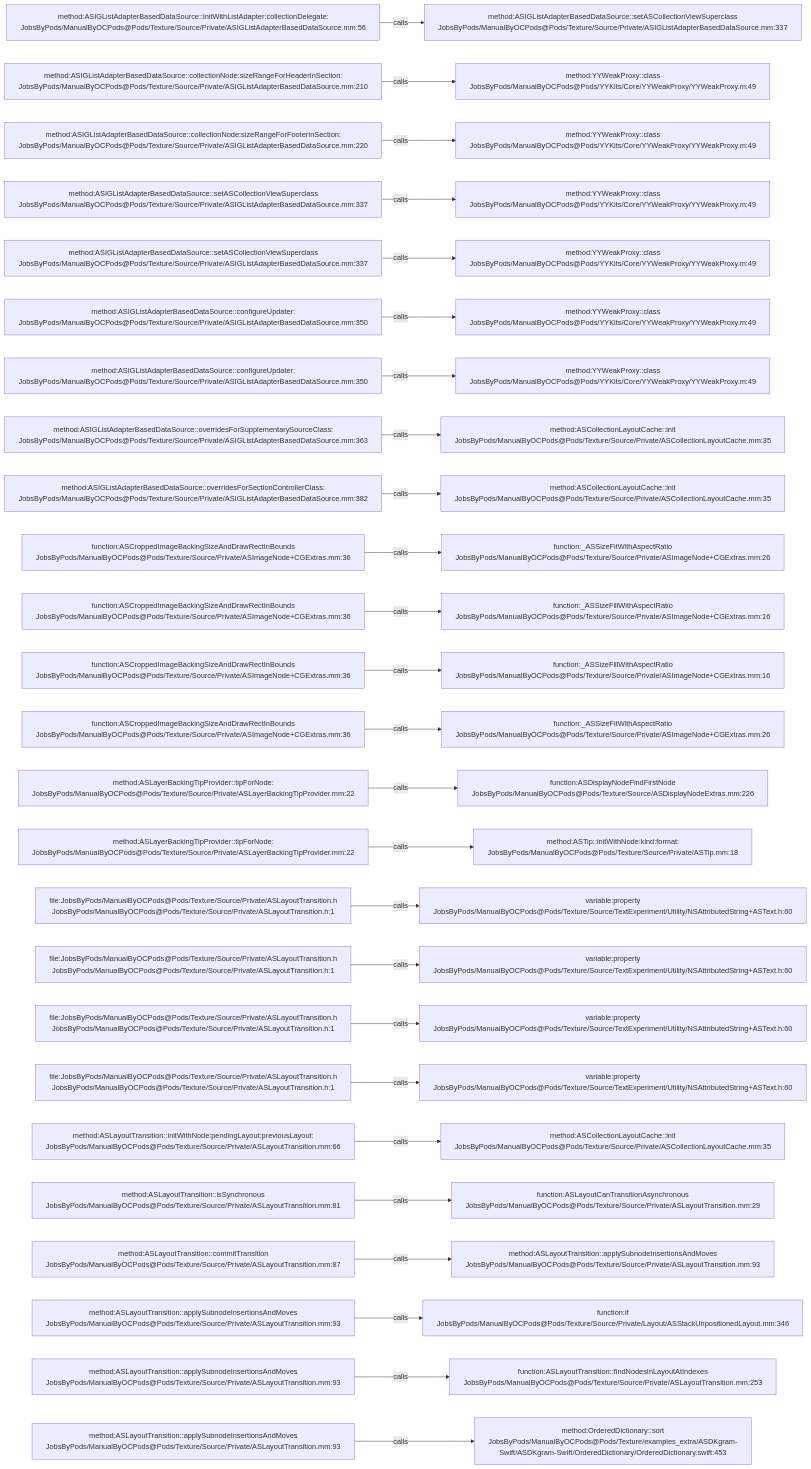
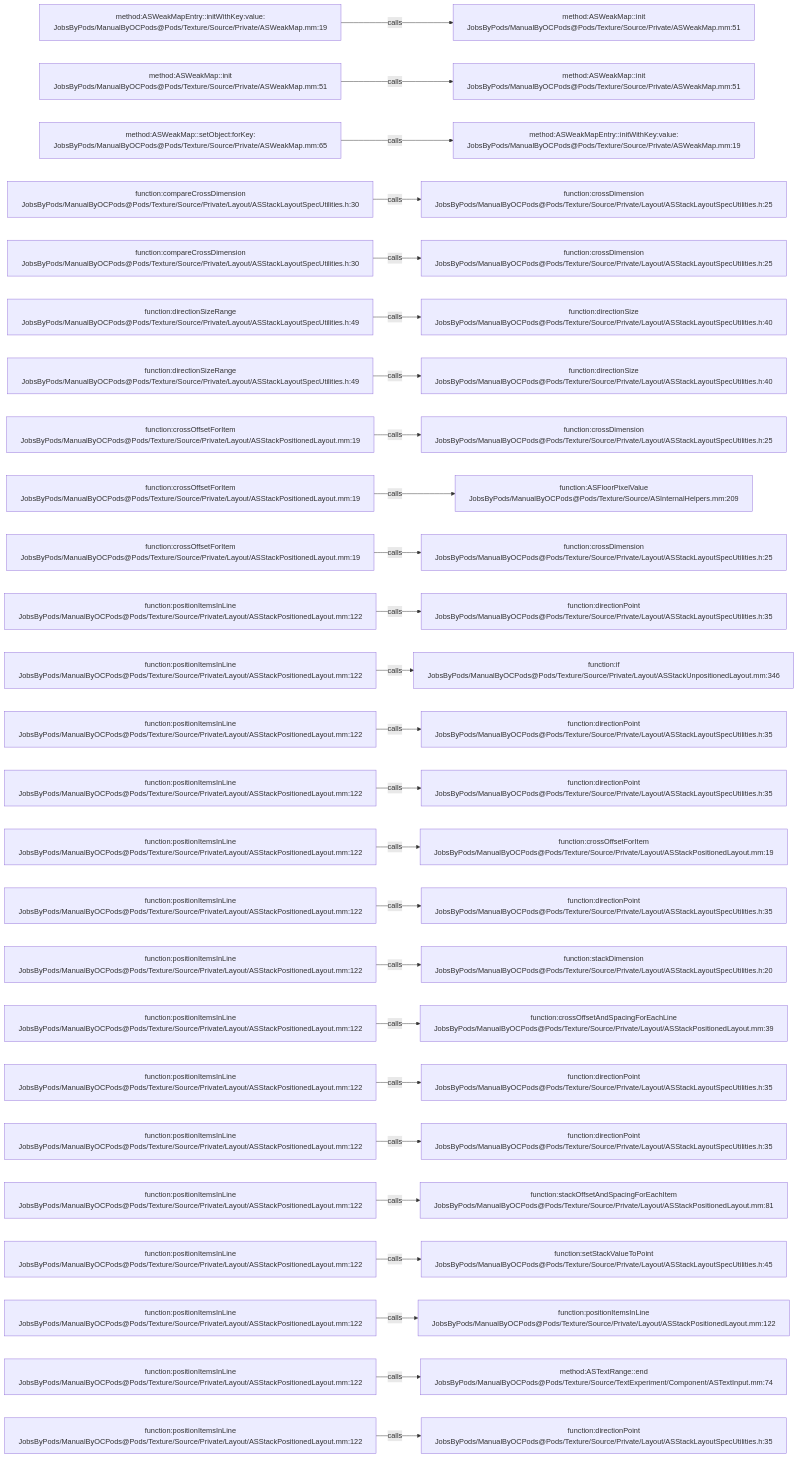
The diagram in .codegraph/codegraph.md/graphs/calls-191.md (JobsKits/JobsOCBaseConfigDemo), drawn with Mermaid before and after one commit. The commit also changed 1353 other files, not shown here.

````diff
--- a/.codegraph/codegraph.md/graphs/calls-191.md
+++ b/.codegraph/codegraph.md/graphs/calls-191.md
@@ -13,78 +13,78 @@
 ```mermaid
 flowchart LR
-  S1["method:ASIGListAdapterBasedDataSource::initWithListAdapter:collectionDelegate:<br/>JobsByPods/ManualByOCPods@Pods/Texture/Source/Private/ASIGListAdapterBasedDataSource.mm:56"]
-  T1["method:ASIGListAdapterBasedDataSource::setASCollectionViewSuperclass<br/>JobsByPods/ManualByOCPods@Pods/Texture/Source/Private/ASIGListAdapterBasedDataSource.mm:337"]
+  S1["method:ASWeakMapEntry::initWithKey:value:<br/>JobsByPods/ManualByOCPods@Pods/Texture/Source/Private/ASWeakMap.mm:19"]
+  T1["method:ASWeakMap::init<br/>JobsByPods/ManualByOCPods@Pods/Texture/Source/Private/ASWeakMap.mm:51"]
   S1 -->|calls| T1
-  S2["method:ASIGListAdapterBasedDataSource::collectionNode:sizeRangeForHeaderInSection:<br/>JobsByPods/ManualByOCPods@Pods/Texture/Source/Private/ASIGListAdapterBasedDataSource.mm:210"]
-  T2["method:YYWeakProxy::class<br/>JobsByPods/ManualByOCPods@Pods/YYKits/Core/YYWeakProxy/YYWeakProxy.m:49"]
+  S2["method:ASWeakMap::init<br/>JobsByPods/ManualByOCPods@Pods/Texture/Source/Private/ASWeakMap.mm:51"]
+  T2["method:ASWeakMap::init<br/>JobsByPods/ManualByOCPods@Pods/Texture/Source/Private/ASWeakMap.mm:51"]
   S2 -->|calls| T2
-  S3["method:ASIGListAdapterBasedDataSource::collectionNode:sizeRangeForFooterInSection:<br/>JobsByPods/ManualByOCPods@Pods/Texture/Source/Private/ASIGListAdapterBasedDataSource.mm:220"]
-  T3["method:YYWeakProxy::class<br/>JobsByPods/ManualByOCPods@Pods/YYKits/Core/YYWeakProxy/YYWeakProxy.m:49"]
+  S3["method:ASWeakMap::setObject:forKey:<br/>JobsByPods/ManualByOCPods@Pods/Texture/Source/Private/ASWeakMap.mm:65"]
+  T3["method:ASWeakMapEntry::initWithKey:value:<br/>JobsByPods/ManualByOCPods@Pods/Texture/Source/Private/ASWeakMap.mm:19"]
   S3 -->|calls| T3
-  S4["method:ASIGListAdapterBasedDataSource::setASCollectionViewSuperclass<br/>JobsByPods/ManualByOCPods@Pods/Texture/Source/Private/ASIGListAdapterBasedDataSource.mm:337"]
-  T4["method:YYWeakProxy::class<br/>JobsByPods/ManualByOCPods@Pods/YYKits/Core/YYWeakProxy/YYWeakProxy.m:49"]
+  S4["function:compareCrossDimension<br/>JobsByPods/ManualByOCPods@Pods/Texture/Source/Private/Layout/ASStackLayoutSpecUtilities.h:30"]
+  T4["function:crossDimension<br/>JobsByPods/ManualByOCPods@Pods/Texture/Source/Private/Layout/ASStackLayoutSpecUtilities.h:25"]
   S4 -->|calls| T4
-  S5["method:ASIGListAdapterBasedDataSource::setASCollectionViewSuperclass<br/>JobsByPods/ManualByOCPods@Pods/Texture/Source/Private/ASIGListAdapterBasedDataSource.mm:337"]
-  T5["method:YYWeakProxy::class<br/>JobsByPods/ManualByOCPods@Pods/YYKits/Core/YYWeakProxy/YYWeakProxy.m:49"]
+  S5["function:compareCrossDimension<br/>JobsByPods/ManualByOCPods@Pods/Texture/Source/Private/Layout/ASStackLayoutSpecUtilities.h:30"]
+  T5["function:crossDimension<br/>JobsByPods/ManualByOCPods@Pods/Texture/Source/Private/Layout/ASStackLayoutSpecUtilities.h:25"]
   S5 -->|calls| T5
-  S6["method:ASIGListAdapterBasedDataSource::configureUpdater:<br/>JobsByPods/ManualByOCPods@Pods/Texture/Source/Private/ASIGListAdapterBasedDataSource.mm:350"]
-  T6["method:YYWeakProxy::class<br/>JobsByPods/ManualByOCPods@Pods/YYKits/Core/YYWeakProxy/YYWeakProxy.m:49"]
+  S6["function:directionSizeRange<br/>JobsByPods/ManualByOCPods@Pods/Texture/Source/Private/Layout/ASStackLayoutSpecUtilities.h:49"]
+  T6["function:directionSize<br/>JobsByPods/ManualByOCPods@Pods/Texture/Source/Private/Layout/ASStackLayoutSpecUtilities.h:40"]
   S6 -->|calls| T6
-  S7["method:ASIGListAdapterBasedDataSource::configureUpdater:<br/>JobsByPods/ManualByOCPods@Pods/Texture/Source/Private/ASIGListAdapterBasedDataSource.mm:350"]
-  T7["method:YYWeakProxy::class<br/>JobsByPods/ManualByOCPods@Pods/YYKits/Core/YYWeakProxy/YYWeakProxy.m:49"]
+  S7["function:directionSizeRange<br/>JobsByPods/ManualByOCPods@Pods/Texture/Source/Private/Layout/ASStackLayoutSpecUtilities.h:49"]
+  T7["function:directionSize<br/>JobsByPods/ManualByOCPods@Pods/Texture/Source/Private/Layout/ASStackLayoutSpecUtilities.h:40"]
   S7 -->|calls| T7
-  S8["method:ASIGListAdapterBasedDataSource::overridesForSupplementarySourceClass:<br/>JobsByPods/ManualByOCPods@Pods/Texture/Source/Private/ASIGListAdapterBasedDataSource.mm:363"]
-  T8["method:ASCollectionLayoutCache::init<br/>JobsByPods/ManualByOCPods@Pods/Texture/Source/Private/ASCollectionLayoutCache.mm:35"]
+  S8["function:crossOffsetForItem<br/>JobsByPods/ManualByOCPods@Pods/Texture/Source/Private/Layout/ASStackPositionedLayout.mm:19"]
+  T8["function:crossDimension<br/>JobsByPods/ManualByOCPods@Pods/Texture/Source/Private/Layout/ASStackLayoutSpecUtilities.h:25"]
   S8 -->|calls| T8
-  S9["method:ASIGListAdapterBasedDataSource::overridesForSectionControllerClass:<br/>JobsByPods/ManualByOCPods@Pods/Texture/Source/Private/ASIGListAdapterBasedDataSource.mm:382"]
-  T9["method:ASCollectionLayoutCache::init<br/>JobsByPods/ManualByOCPods@Pods/Texture/Source/Private/ASCollectionLayoutCache.mm:35"]
+  S9["function:crossOffsetForItem<br/>JobsByPods/ManualByOCPods@Pods/Texture/Source/Private/Layout/ASStackPositionedLayout.mm:19"]
+  T9["function:ASFloorPixelValue<br/>JobsByPods/ManualByOCPods@Pods/Texture/Source/ASInternalHelpers.mm:209"]
   S9 -->|calls| T9
-  S10["function:ASCroppedImageBackingSizeAndDrawRectInBounds<br/>JobsByPods/ManualByOCPods@Pods/Texture/Source/Private/ASImageNode+CGExtras.mm:36"]
-  T10["function:_ASSizeFitWithAspectRatio<br/>JobsByPods/ManualByOCPods@Pods/Texture/Source/Private/ASImageNode+CGExtras.mm:26"]
+  S10["function:crossOffsetForItem<br/>JobsByPods/ManualByOCPods@Pods/Texture/Source/Private/Layout/ASStackPositionedLayout.mm:19"]
+  T10["function:crossDimension<br/>JobsByPods/ManualByOCPods@Pods/Texture/Source/Private/Layout/ASStackLayoutSpecUtilities.h:25"]
   S10 -->|calls| T10
-  S11["function:ASCroppedImageBackingSizeAndDrawRectInBounds<br/>JobsByPods/ManualByOCPods@Pods/Texture/Source/Private/ASImageNode+CGExtras.mm:36"]
-  T11["function:_ASSizeFillWithAspectRatio<br/>JobsByPods/ManualByOCPods@Pods/Texture/Source/Private/ASImageNode+CGExtras.mm:16"]
+  S11["function:positionItemsInLine<br/>JobsByPods/ManualByOCPods@Pods/Texture/Source/Private/Layout/ASStackPositionedLayout.mm:122"]
+  T11["function:directionPoint<br/>JobsByPods/ManualByOCPods@Pods/Texture/Source/Private/Layout/ASStackLayoutSpecUtilities.h:35"]
   S11 -->|calls| T11
-  S12["function:ASCroppedImageBackingSizeAndDrawRectInBounds<br/>JobsByPods/ManualByOCPods@Pods/Texture/Source/Private/ASImageNode+CGExtras.mm:36"]
-  T12["function:_ASSizeFillWithAspectRatio<br/>JobsByPods/ManualByOCPods@Pods/Texture/Source/Private/ASImageNode+CGExtras.mm:16"]
+  S12["function:positionItemsInLine<br/>JobsByPods/ManualByOCPods@Pods/Texture/Source/Private/Layout/ASStackPositionedLayout.mm:122"]
+  T12["function:if<br/>JobsByPods/ManualByOCPods@Pods/Texture/Source/Private/Layout/ASStackUnpositionedLayout.mm:346"]
   S12 -->|calls| T12
-  S13["function:ASCroppedImageBackingSizeAndDrawRectInBounds<br/>JobsByPods/ManualByOCPods@Pods/Texture/Source/Private/ASImageNode+CGExtras.mm:36"]
-  T13["function:_ASSizeFitWithAspectRatio<br/>JobsByPods/ManualByOCPods@Pods/Texture/Source/Private/ASImageNode+CGExtras.mm:26"]
+  S13["function:positionItemsInLine<br/>JobsByPods/ManualByOCPods@Pods/Texture/Source/Private/Layout/ASStackPositionedLayout.mm:122"]
+  T13["function:directionPoint<br/>JobsByPods/ManualByOCPods@Pods/Texture/Source/Private/Layout/ASStackLayoutSpecUtilities.h:35"]
   S13 -->|calls| T13
-  S14["method:ASLayerBackingTipProvider::tipForNode:<br/>JobsByPods/ManualByOCPods@Pods/Texture/Source/Private/ASLayerBackingTipProvider.mm:22"]
-  T14["function:ASDisplayNodeFindFirstNode<br/>JobsByPods/ManualByOCPods@Pods/Texture/Source/ASDisplayNodeExtras.mm:226"]
+  S14["function:positionItemsInLine<br/>JobsByPods/ManualByOCPods@Pods/Texture/Source/Private/Layout/ASStackPositionedLayout.mm:122"]
+  T14["function:directionPoint<br/>JobsByPods/ManualByOCPods@Pods/Texture/Source/Private/Layout/ASStackLayoutSpecUtilities.h:35"]
   S14 -->|calls| T14
-  S15["method:ASLayerBackingTipProvider::tipForNode:<br/>JobsByPods/ManualByOCPods@Pods/Texture/Source/Private/ASLayerBackingTipProvider.mm:22"]
-  T15["method:ASTip::initWithNode:kind:format:<br/>JobsByPods/ManualByOCPods@Pods/Texture/Source/Private/ASTip.mm:18"]
+  S15["function:positionItemsInLine<br/>JobsByPods/ManualByOCPods@Pods/Texture/Source/Private/Layout/ASStackPositionedLayout.mm:122"]
+  T15["function:crossOffsetForItem<br/>JobsByPods/ManualByOCPods@Pods/Texture/Source/Private/Layout/ASStackPositionedLayout.mm:19"]
   S15 -->|calls| T15
-  S16["file:JobsByPods/ManualByOCPods@Pods/Texture/Source/Private/ASLayoutTransition.h<br/>JobsByPods/ManualByOCPods@Pods/Texture/Source/Private/ASLayoutTransition.h:1"]
-  T16["variable:property<br/>JobsByPods/ManualByOCPods@Pods/Texture/Source/TextExperiment/Utility/NSAttributedString+ASText.h:60"]
+  S16["function:positionItemsInLine<br/>JobsByPods/ManualByOCPods@Pods/Texture/Source/Private/Layout/ASStackPositionedLayout.mm:122"]
+  T16["function:directionPoint<br/>JobsByPods/ManualByOCPods@Pods/Texture/Source/Private/Layout/ASStackLayoutSpecUtilities.h:35"]
   S16 -->|calls| T16
-  S17["file:JobsByPods/ManualByOCPods@Pods/Texture/Source/Private/ASLayoutTransition.h<br/>JobsByPods/ManualByOCPods@Pods/Texture/Source/Private/ASLayoutTransition.h:1"]
-  T17["variable:property<br/>JobsByPods/ManualByOCPods@Pods/Texture/Source/TextExperiment/Utility/NSAttributedString+ASText.h:60"]
+  S17["function:positionItemsInLine<br/>JobsByPods/ManualByOCPods@Pods/Texture/Source/Private/Layout/ASStackPositionedLayout.mm:122"]
+  T17["function:stackDimension<br/>JobsByPods/ManualByOCPods@Pods/Texture/Source/Private/Layout/ASStackLayoutSpecUtilities.h:20"]
   S17 -->|calls| T17
-  S18["file:JobsByPods/ManualByOCPods@Pods/Texture/Source/Private/ASLayoutTransition.h<br/>JobsByPods/ManualByOCPods@Pods/Texture/Source/Private/ASLayoutTransition.h:1"]
-  T18["variable:property<br/>JobsByPods/ManualByOCPods@Pods/Texture/Source/TextExperiment/Utility/NSAttributedString+ASText.h:60"]
+  S18["function:positionItemsInLine<br/>JobsByPods/ManualByOCPods@Pods/Texture/Source/Private/Layout/ASStackPositionedLayout.mm:122"]
+  T18["function:crossOffsetAndSpacingForEachLine<br/>JobsByPods/ManualByOCPods@Pods/Texture/Source/Private/Layout/ASStackPositionedLayout.mm:39"]
   S18 -->|calls| T18
-  S19["file:JobsByPods/ManualByOCPods@Pods/Texture/Source/Private/ASLayoutTransition.h<br/>JobsByPods/ManualByOCPods@Pods/Texture/Source/Private/ASLayoutTransition.h:1"]
-  T19["variable:property<br/>JobsByPods/ManualByOCPods@Pods/Texture/Source/TextExperiment/Utility/NSAttributedString+ASText.h:60"]
+  S19["function:positionItemsInLine<br/>JobsByPods/ManualByOCPods@Pods/Texture/Source/Private/Layout/ASStackPositionedLayout.mm:122"]
+  T19["function:directionPoint<br/>JobsByPods/ManualByOCPods@Pods/Texture/Source/Private/Layout/ASStackLayoutSpecUtilities.h:35"]
   S19 -->|calls| T19
-  S20["method:ASLayoutTransition::initWithNode:pendingLayout:previousLayout:<br/>JobsByPods/ManualByOCPods@Pods/Texture/Source/Private/ASLayoutTransition.mm:66"]
-  T20["method:ASCollectionLayoutCache::init<br/>JobsByPods/ManualByOCPods@Pods/Texture/Source/Private/ASCollectionLayoutCache.mm:35"]
+  S20["function:positionItemsInLine<br/>JobsByPods/ManualByOCPods@Pods/Texture/Source/Private/Layout/ASStackPositionedLayout.mm:122"]
+  T20["function:directionPoint<br/>JobsByPods/ManualByOCPods@Pods/Texture/Source/Private/Layout/ASStackLayoutSpecUtilities.h:35"]
   S20 -->|calls| T20
-  S21["method:ASLayoutTransition::isSynchronous<br/>JobsByPods/ManualByOCPods@Pods/Texture/Source/Private/ASLayoutTransition.mm:81"]
-  T21["function:ASLayoutCanTransitionAsynchronous<br/>JobsByPods/ManualByOCPods@Pods/Texture/Source/Private/ASLayoutTransition.mm:29"]
+  S21["function:positionItemsInLine<br/>JobsByPods/ManualByOCPods@Pods/Texture/Source/Private/Layout/ASStackPositionedLayout.mm:122"]
+  T21["function:stackOffsetAndSpacingForEachItem<br/>JobsByPods/ManualByOCPods@Pods/Texture/Source/Private/Layout/ASStackPositionedLayout.mm:81"]
   S21 -->|calls| T21
-  S22["method:ASLayoutTransition::commitTransition<br/>JobsByPods/ManualByOCPods@Pods/Texture/Source/Private/ASLayoutTransition.mm:87"]
-  T22["method:ASLayoutTransition::applySubnodeInsertionsAndMoves<br/>JobsByPods/ManualByOCPods@Pods/Texture/Source/Private/ASLayoutTransition.mm:93"]
+  S22["function:positionItemsInLine<br/>JobsByPods/ManualByOCPods@Pods/Texture/Source/Private/Layout/ASStackPositionedLayout.mm:122"]
+  T22["function:setStackValueToPoint<br/>JobsByPods/ManualByOCPods@Pods/Texture/Source/Private/Layout/ASStackLayoutSpecUtilities.h:45"]
   S22 -->|calls| T22
-  S23["method:ASLayoutTransition::applySubnodeInsertionsAndMoves<br/>JobsByPods/ManualByOCPods@Pods/Texture/Source/Private/ASLayoutTransition.mm:93"]
-  T23["function:if<br/>JobsByPods/ManualByOCPods@Pods/Texture/Source/Private/Layout/ASStackUnpositionedLayout.mm:346"]
+  S23["function:positionItemsInLine<br/>JobsByPods/ManualByOCPods@Pods/Texture/Source/Private/Layout/ASStackPositionedLayout.mm:122"]
+  T23["function:positionItemsInLine<br/>JobsByPods/ManualByOCPods@Pods/Texture/Source/Private/Layout/ASStackPositionedLayout.mm:122"]
   S23 -->|calls| T23
-  S24["method:ASLayoutTransition::applySubnodeInsertionsAndMoves<br/>JobsByPods/ManualByOCPods@Pods/Texture/Source/Private/ASLayoutTransition.mm:93"]
-  T24["function:ASLayoutTransition::findNodesInLayoutAtIndexes<br/>JobsByPods/ManualByOCPods@Pods/Texture/Source/Private/ASLayoutTransition.mm:253"]
+  S24["function:positionItemsInLine<br/>JobsByPods/ManualByOCPods@Pods/Texture/Source/Private/Layout/ASStackPositionedLayout.mm:122"]
+  T24["method:ASTextRange::end<br/>JobsByPods/ManualByOCPods@Pods/Texture/Source/TextExperiment/Component/ASTextInput.mm:74"]
   S24 -->|calls| T24
-  S25["method:ASLayoutTransition::applySubnodeInsertionsAndMoves<br/>JobsByPods/ManualByOCPods@Pods/Texture/Source/Private/ASLayoutTransition.mm:93"]
-  T25["method:OrderedDictionary::sort<br/>JobsByPods/ManualByOCPods@Pods/Texture/examples_extra/ASDKgram-Swift/ASDKgram-Swift/OrderedDictionary/OrderedDictionary.swift:453"]
+  S25["function:positionItemsInLine<br/>JobsByPods/ManualByOCPods@Pods/Texture/Source/Private/Layout/ASStackPositionedLayout.mm:122"]
+  T25["function:directionPoint<br/>JobsByPods/ManualByOCPods@Pods/Texture/Source/Private/Layout/ASStackLayoutSpecUtilities.h:35"]
   S25 -->|calls| T25
 ```
````
